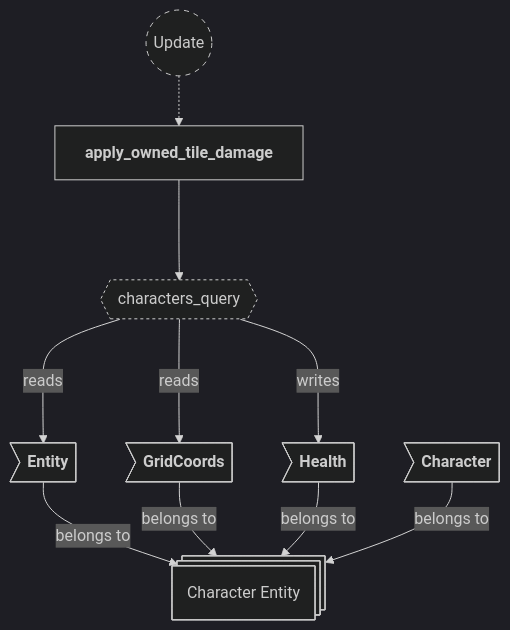
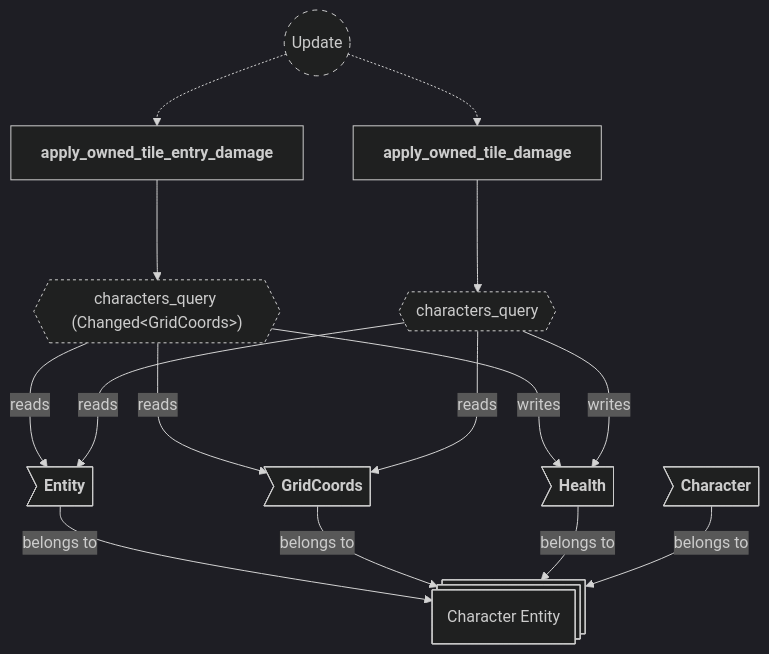
The third of 9 diagrams in backlog/docs/doc-11 - 009-Damage-plugin.md (neurosoup/tyled), drawn with Mermaid before and after one commit. The commit also changed other lines of this file and 1 other file, not shown here.

First line of the commit message:
Fix: damage players on entering opponent-claimed tiles

````diff
--- a/backlog/docs/doc-11 - 009-Damage-plugin.md
+++ b/backlog/docs/doc-11 - 009-Damage-plugin.md
@@ -116,29 +141,36 @@
 ```mermaid
 ---
 config:
   theme: dark
 ---
 
 flowchart TD
 classDef system-group stroke-dasharray: 5 5
 classDef query stroke-dasharray: 3 3
 
 update(("`Update`")):::system-group
+apply_owned_tile_entry_damage["`**apply_owned_tile_entry_damage**`"]
 apply_owned_tile_damage["`**apply_owned_tile_damage**`"]
 
+update -.-> apply_owned_tile_entry_damage
 update -.-> apply_owned_tile_damage
 
+entry_characters_query{{"`characters_query (Changed#60;GridCoords#62;)`"}}:::query
 characters_query{{"`characters_query`"}}:::query
+apply_owned_tile_entry_damage ---> entry_characters_query
 apply_owned_tile_damage ---> characters_query
 
 character_entity@{ shape: st-rect, label: "Character Entity" }
 
 ce_entity>"`**Entity**`"] --> |belongs to| character_entity
 ce_coords>"`**GridCoords**`"] --> |belongs to| character_entity
 ce_health>"`**Health**`"] --> |belongs to| character_entity
 ce_character>"`**Character**`"] --> |belongs to| character_entity
 
+entry_characters_query ---> |reads| ce_entity
+entry_characters_query ---> |reads| ce_coords
+entry_characters_query ---> |writes| ce_health
 characters_query ---> |reads| ce_entity
 characters_query ---> |reads| ce_coords
 characters_query ---> |writes| ce_health
 ```
````
